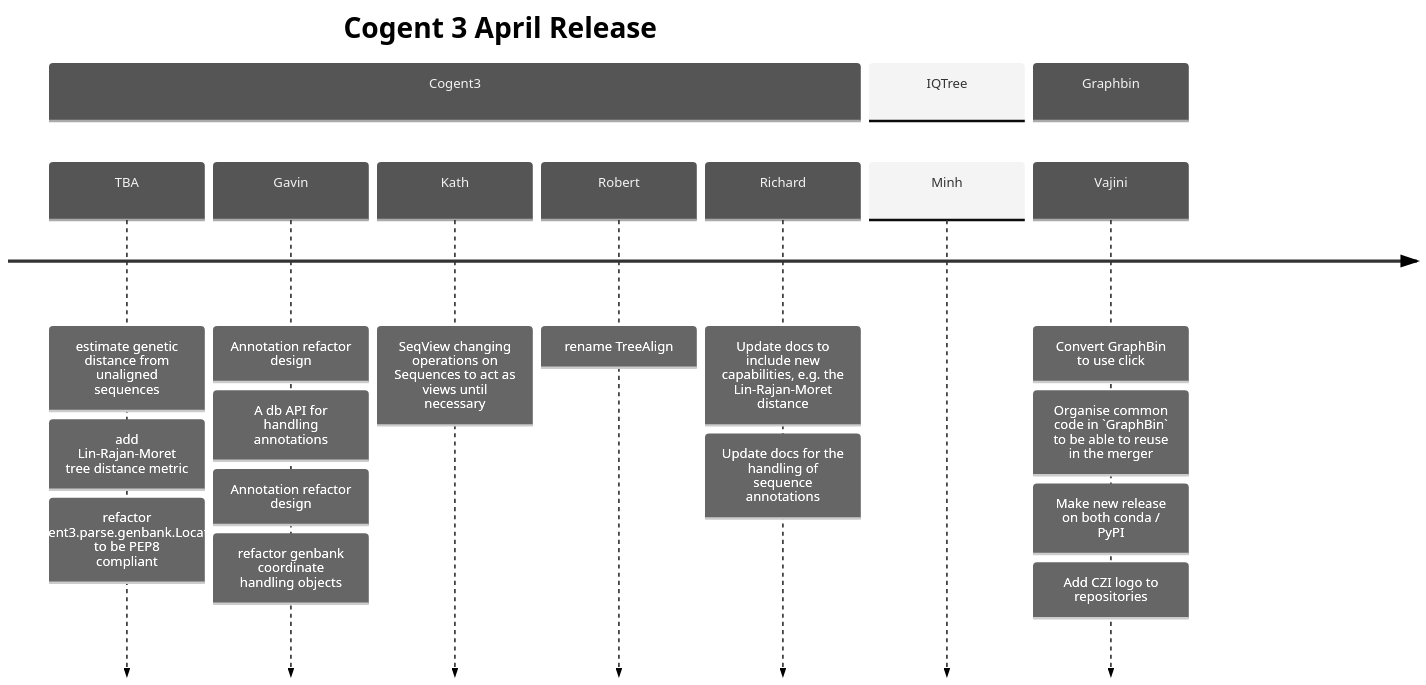
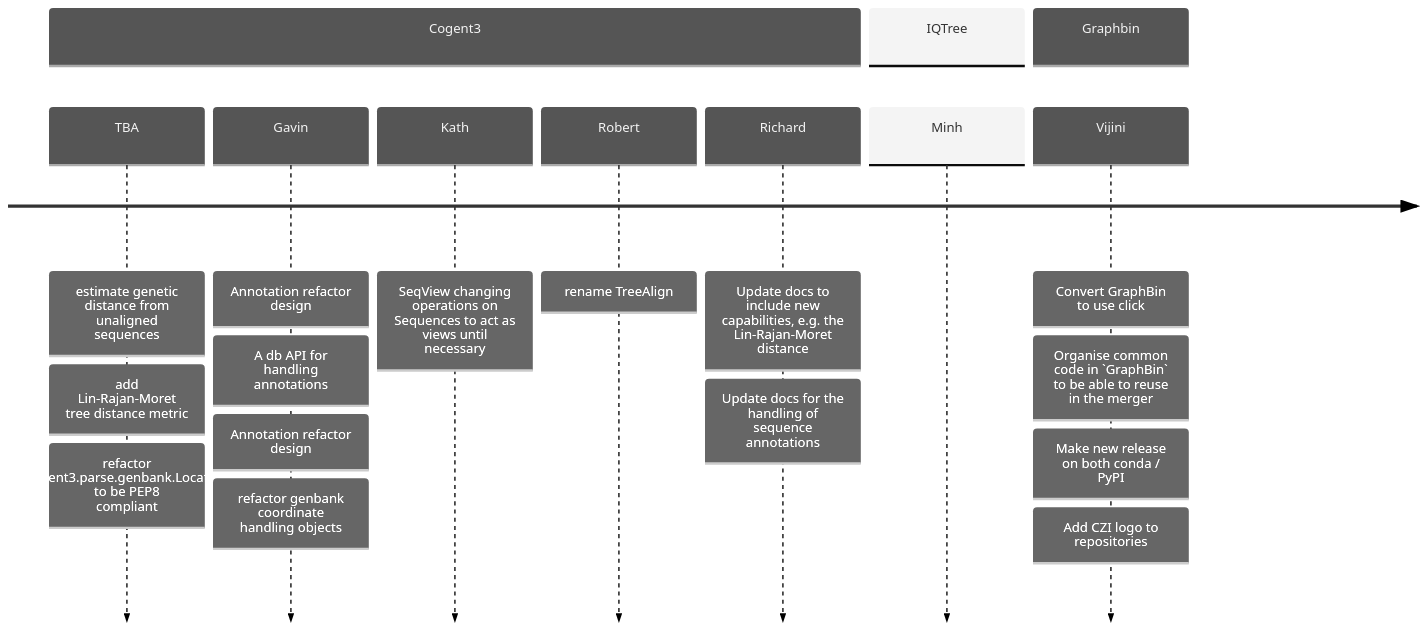
Before and after one commit to khiron/testscriv: the first of 4 diagrams in docs/milestones.md, drawn with Mermaid (neutral theme). The commit also changed other lines of this file, not shown here.

````diff
--- a/docs/milestones.md
+++ b/docs/milestones.md
@@ -3,24 +4,23 @@
 ```mermaid
 timeline
-title Cogent 3 April Release
 
 section Cogent3
 TBA : estimate genetic distance from unaligned sequences
 : add Lin-Rajan-Moret tree distance metric
 : refactor cogent3.parse.genbank.Location to be PEP8 compliant
 Gavin : Annotation refactor design : A db API for handling annotations: Annotation refactor design : refactor genbank coordinate handling objects
 Kath : SeqView changing operations on Sequences to act as views until necessary
 Robert : rename TreeAlign
 Richard : Update docs to include new capabilities, e.g. the Lin-Rajan-Moret distance: Update docs for the handling of sequence annotations 
 
 
 section IQTree
 Minh 
 
 section Graphbin 
-Vajini 
+Vijini 
 : Convert GraphBin to use click 
 : Organise common code in `GraphBin` to be able to reuse in the merger 
 : Make new release on both conda / PyPI 
 : Add CZI logo to repositories
 ```
````
